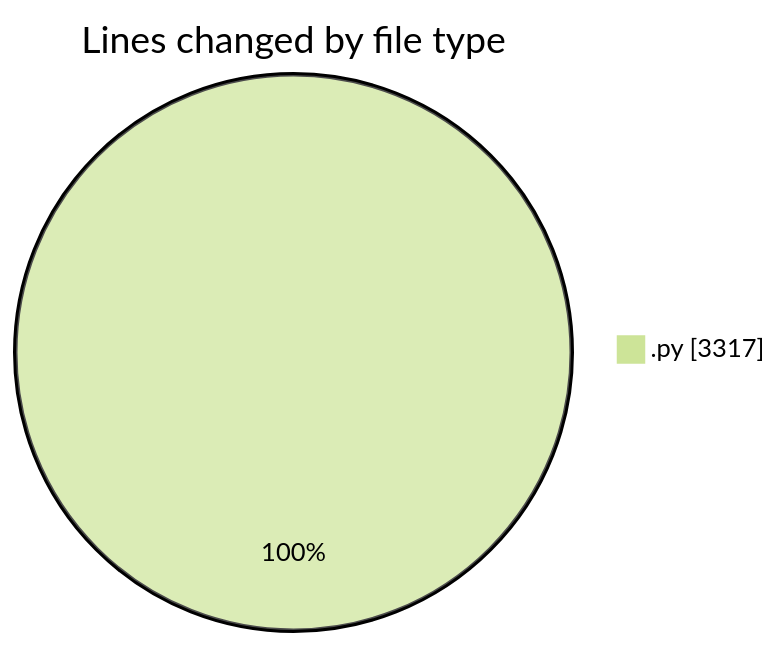
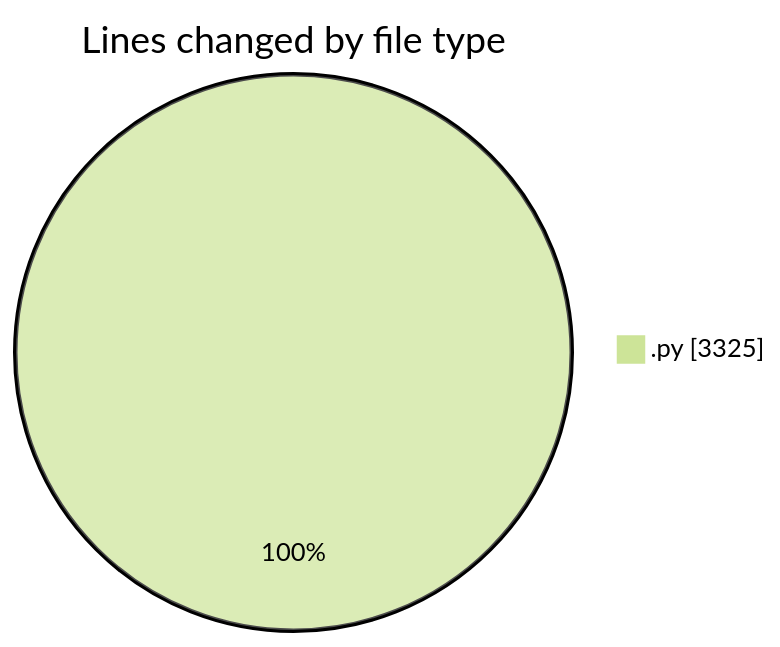
The first of 2 diagrams in 2025-05-08/myws__workspace_/README.md (MatusMokan/code-tracking), drawn with Mermaid (forest theme) before and after one commit. The commit also changed other lines of this file and 1 other file, not shown here.

````diff
--- a/2025-05-08/myws__workspace_/README.md
+++ b/2025-05-08/myws__workspace_/README.md
@@ -23,5 +23,5 @@
 ```mermaid
 pie showData
 title Lines changed by file type
-".py" : 3317
+".py" : 3325
 ```
````
